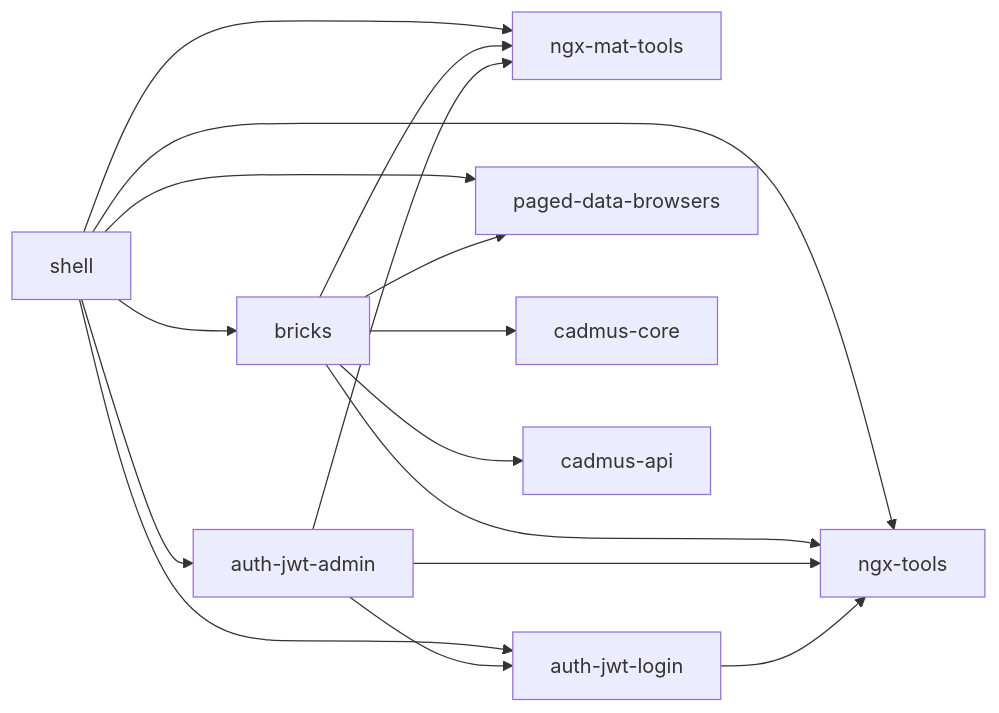
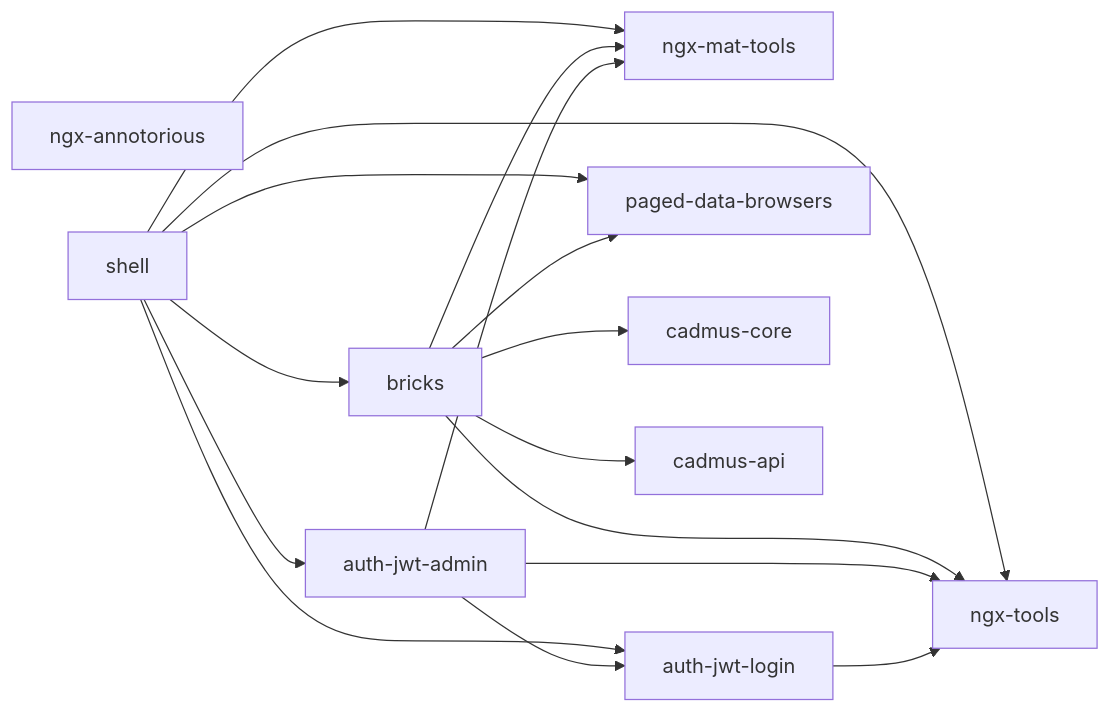
The diagram in frontend/index.md (vedph/cadmus-doc), drawn with Mermaid before and after one commit. The commit also changed other lines of this file and 5 other files, not shown here.

````diff
--- a/frontend/index.md
+++ b/frontend/index.md
@@ -19,21 +32,22 @@
 ```mermaid
 graph LR;
   ngx-tools
   ngx-mat-tools
+  ngx-annotorious
   auth-jwt-login
   auth-jwt-login --> ngx-tools
   auth-jwt-admin --> ngx-tools
   auth-jwt-admin --> ngx-mat-tools
   auth-jwt-admin --> auth-jwt-login
   bricks --> ngx-tools
   bricks --> ngx-mat-tools
   bricks --> paged-data-browsers
   bricks --> cadmus-core
   bricks --> cadmus-api
   shell --> ngx-tools
   shell --> ngx-mat-tools
   shell --> paged-data-browsers
   shell --> bricks
   shell --> auth-jwt-login
   shell --> auth-jwt-admin
 ```
````
